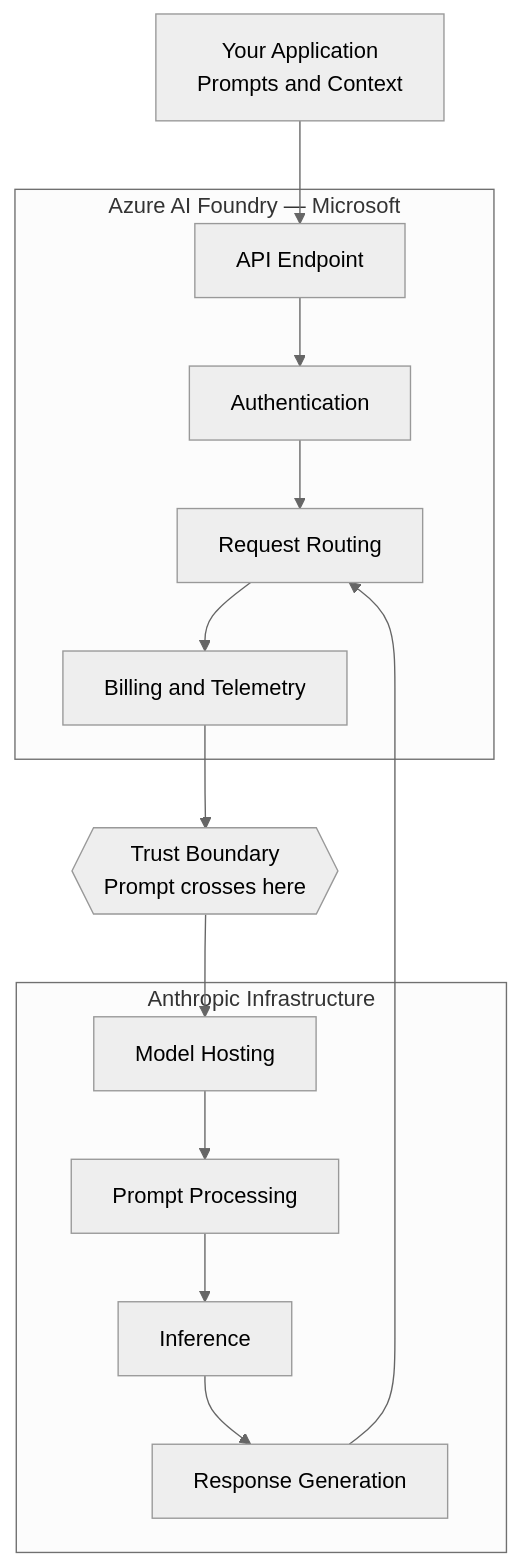
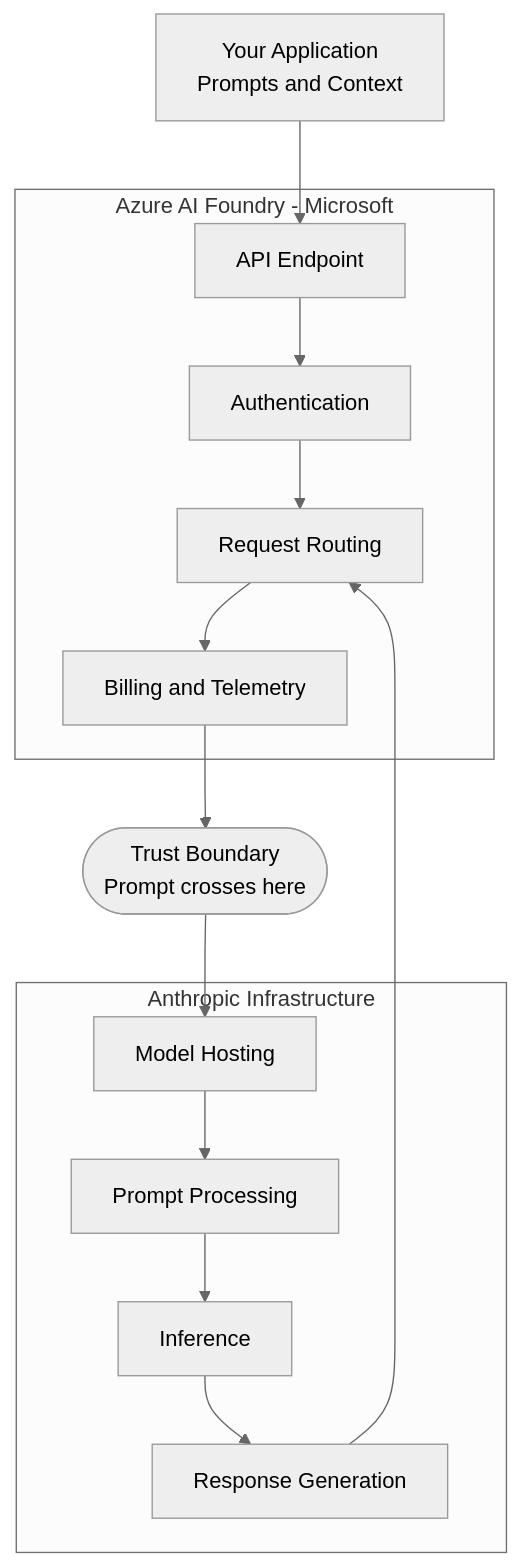
The second of 2 diagrams in _posts/2026-05-13-who-processes-the-data-ai-trust-boundary.md (subodhpatil/suubodhpatil.github.io), drawn with Mermaid (neutral theme) before and after one commit. The commit also changed other lines of this file, not shown here.

Commit message:
Fix Mermaid diagram syntax errors in AI trust boundary post

````diff
--- a/_posts/2026-05-13-who-processes-the-data-ai-trust-boundary.md
+++ b/_posts/2026-05-13-who-processes-the-data-ai-trust-boundary.md
@@ -110,25 +110,25 @@
 ```mermaid
 flowchart TB
-    A["Your Application\nPrompts and Context"] --> B
-
-    subgraph CP["Azure AI Foundry  —  Microsoft"]
+    subgraph CP["Azure AI Foundry - Microsoft"]
         B[API Endpoint]
         C[Authentication]
         D[Request Routing]
         E[Billing and Telemetry]
         B --> C --> D --> E
     end
 
-    CB{{"Trust Boundary\nPrompt crosses here"}}
+    A["Your Application\nPrompts and Context"] --> B
+    TB(["Trust Boundary\nPrompt crosses here"])
+    E --> TB
 
     subgraph DP["Anthropic Infrastructure"]
         F[Model Hosting]
         G[Prompt Processing]
         H[Inference]
         I[Response Generation]
         F --> G --> H --> I
     end
 
-    E --> CB --> F
+    TB --> F
     I --> D
 ```
````
